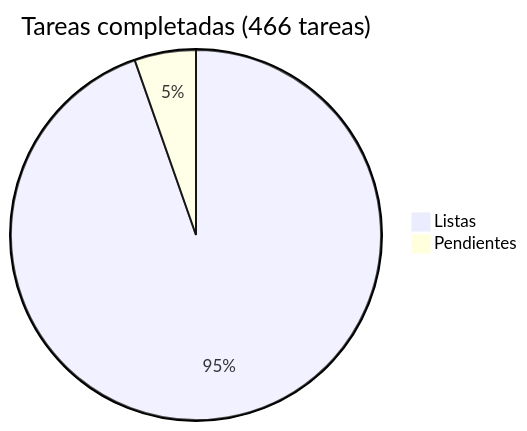
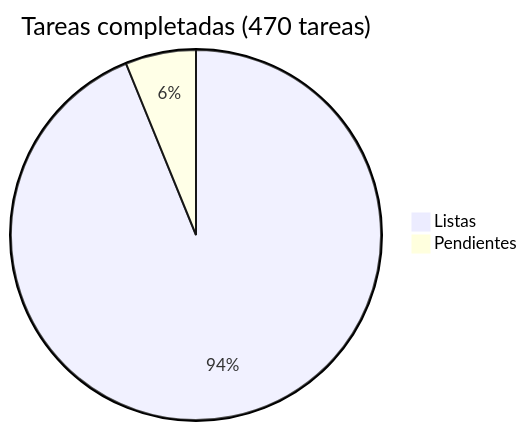
The diagram in docs/roadmap/README.md (araguaney-lat/araguaney), drawn with Mermaid before and after one commit. The commit also changed other lines of this file and 2 other files, not shown here.

First line of the commit message:
docs(roadmap): break the undeclared-response debt into four grouped tasks (#268)

````diff
--- a/docs/roadmap/README.md
+++ b/docs/roadmap/README.md
@@ -5,5 +5,5 @@
 ```mermaid
-pie title Tareas completadas (466 tareas)
+pie title Tareas completadas (470 tareas)
     "Listas" : 441
-    "Pendientes" : 25
+    "Pendientes" : 29
 ```
````
